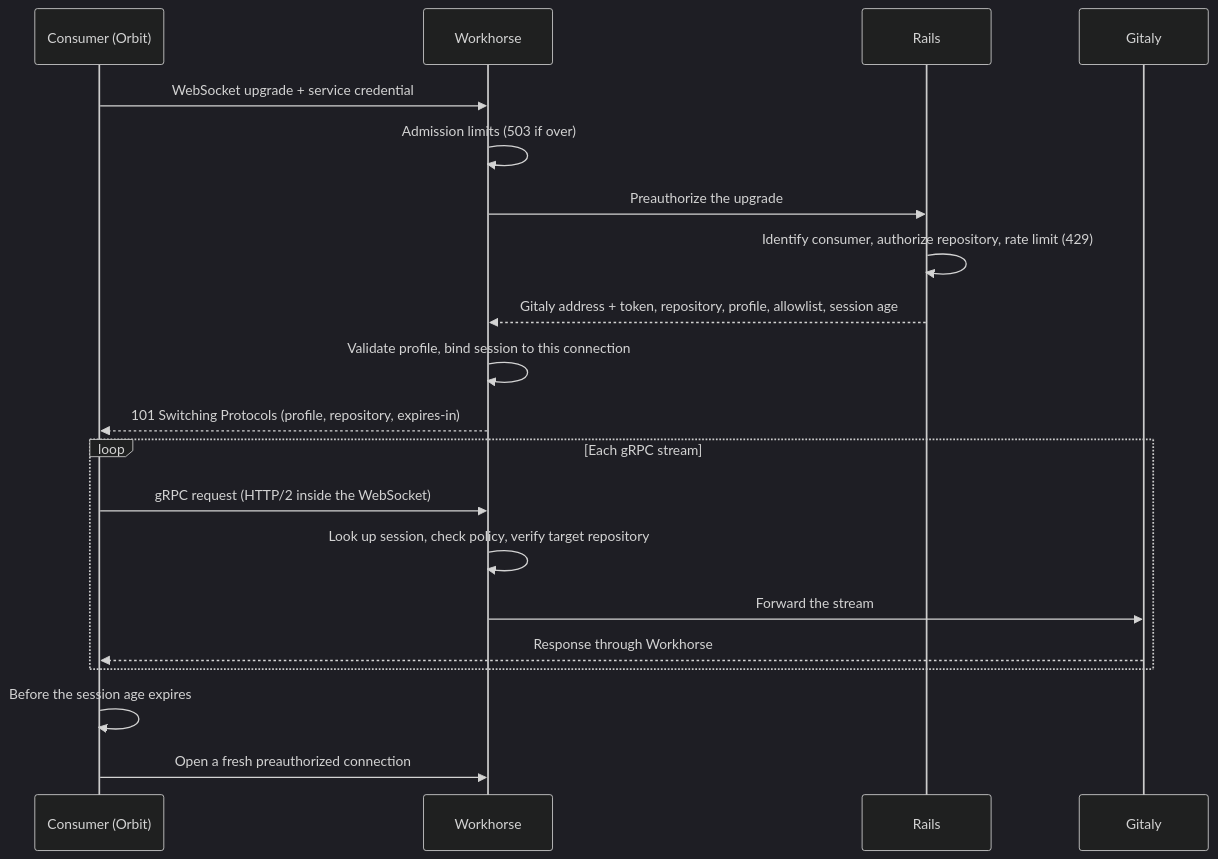
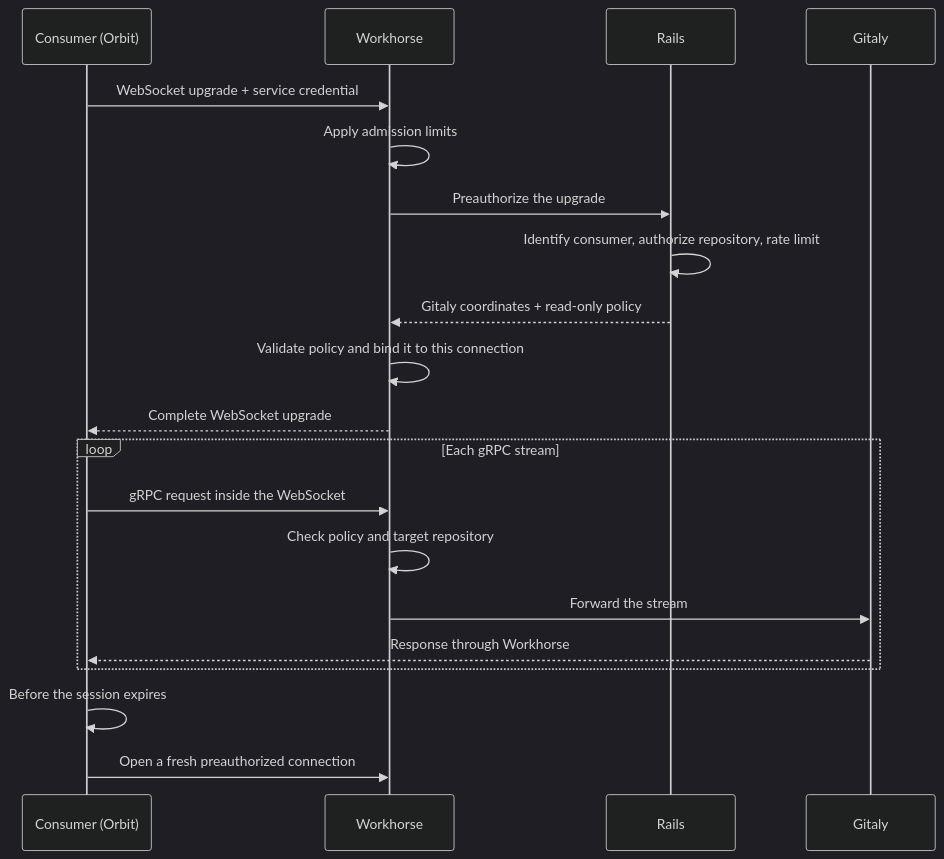
Before and after one commit to gitlabhq/orbit-knowledge-graph: the diagram in docs/design-documents/decisions/018_gitaly_proxy_in_workhorse.md, drawn with Mermaid (dark theme). The commit also changed other lines of this file, not shown here.

First line of the commit message:
docs(adr): cut ADR 018 down to the data flow

````diff
--- a/docs/design-documents/decisions/018_gitaly_proxy_in_workhorse.md
+++ b/docs/design-documents/decisions/018_gitaly_proxy_in_workhorse.md
@@ -95,23 +80,23 @@
 ```mermaid
 sequenceDiagram
     participant C as Consumer (Orbit)
     participant W as Workhorse
     participant R as Rails
     participant G as Gitaly
 
     C->>W: WebSocket upgrade + service credential
-    W->>W: Admission limits (503 if over)
+    W->>W: Apply admission limits
     W->>R: Preauthorize the upgrade
-    R->>R: Identify consumer, authorize repository, rate limit (429)
-    R-->>W: Gitaly address + token, repository, profile, allowlist, session age
-    W->>W: Validate profile, bind session to this connection
-    W-->>C: 101 Switching Protocols (profile, repository, expires-in)
+    R->>R: Identify consumer, authorize repository, rate limit
+    R-->>W: Gitaly coordinates + read-only policy
+    W->>W: Validate policy and bind it to this connection
+    W-->>C: Complete WebSocket upgrade
     loop Each gRPC stream
-        C->>W: gRPC request (HTTP/2 inside the WebSocket)
-        W->>W: Look up session, check policy, verify target repository
+        C->>W: gRPC request inside the WebSocket
+        W->>W: Check policy and target repository
         W->>G: Forward the stream
         G-->>C: Response through Workhorse
     end
-    C->>C: Before the session age expires
+    C->>C: Before the session expires
     C->>W: Open a fresh preauthorized connection
 ```
````
